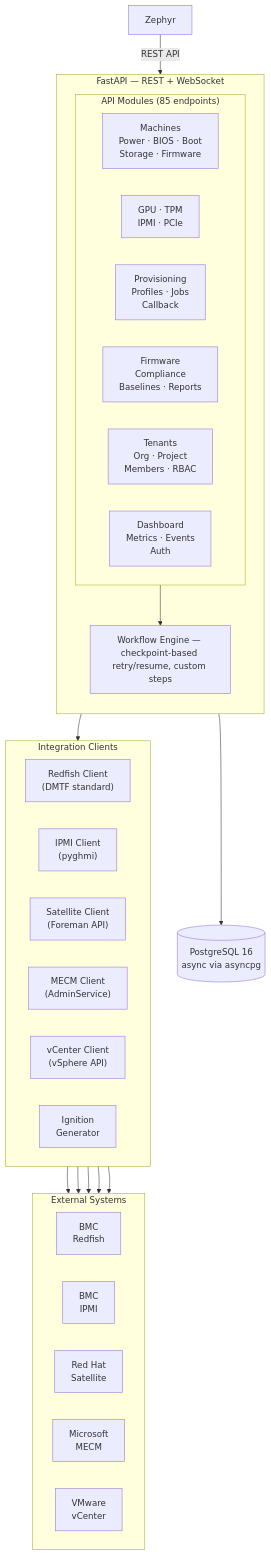
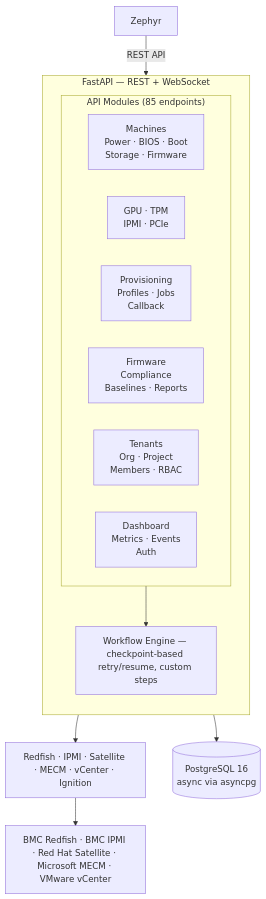
The diagram in README.md (dhwanilraval/infra-controller), drawn with Mermaid before and after one commit.

Commit message:
Compress integration and external system boxes in diagram
Collapsed 6 individual integration client boxes and 5 external system
boxes into single compact rows to reduce diagram width.

````diff
--- a/README.md
+++ b/README.md
@@ -39,50 +39,31 @@
 ```mermaid
 graph TB
     Zephyr["Zephyr"]
 
     Zephyr -->|REST API| API
 
     subgraph API["FastAPI — REST + WebSocket"]
         direction TB
         subgraph Modules["API Modules (85 endpoints)"]
             direction LR
             M1["Machines\nPower · BIOS · Boot\nStorage · Firmware"]
             M2["GPU · TPM\nIPMI · PCIe"]
             M3["Provisioning\nProfiles · Jobs\nCallback"]
             M4["Firmware\nCompliance\nBaselines · Reports"]
             M5["Tenants\nOrg · Project\nMembers · RBAC"]
             M6["Dashboard\nMetrics · Events\nAuth"]
         end
         WF["Workflow Engine — checkpoint-based retry/resume, custom steps"]
     end
 
-    subgraph Integrations["Integration Clients"]
-        direction LR
-        RF["Redfish Client\n(DMTF standard)"]
-        IP["IPMI Client\n(pyghmi)"]
-        SAT["Satellite Client\n(Foreman API)"]
-        MECM["MECM Client\n(AdminService)"]
-        VC["vCenter Client\n(vSphere API)"]
-        IGN["Ignition\nGenerator"]
-    end
+    INT["Redfish · IPMI · Satellite · MECM · vCenter · Ignition"]
 
-    subgraph External["External Systems"]
-        direction LR
-        BMC1["BMC\nRedfish"]
-        BMC2["BMC\nIPMI"]
-        SAT_S["Red Hat\nSatellite"]
-        MECM_S["Microsoft\nMECM"]
-        VC_S["VMware\nvCenter"]
-    end
+    EXT["BMC Redfish · BMC IPMI · Red Hat Satellite · Microsoft MECM · VMware vCenter"]
 
     DB[("PostgreSQL 16\nasync via asyncpg")]
 
     Modules --> WF
-    WF --> Integrations
-    RF --> BMC1
-    IP --> BMC2
-    SAT --> SAT_S
-    MECM --> MECM_S
-    VC --> VC_S
+    WF --> INT
+    INT --> EXT
     API --> DB
 ```
````
